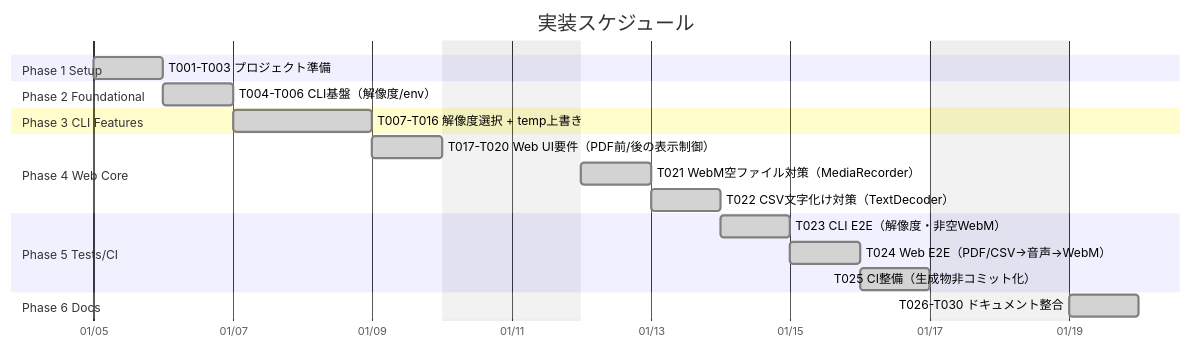
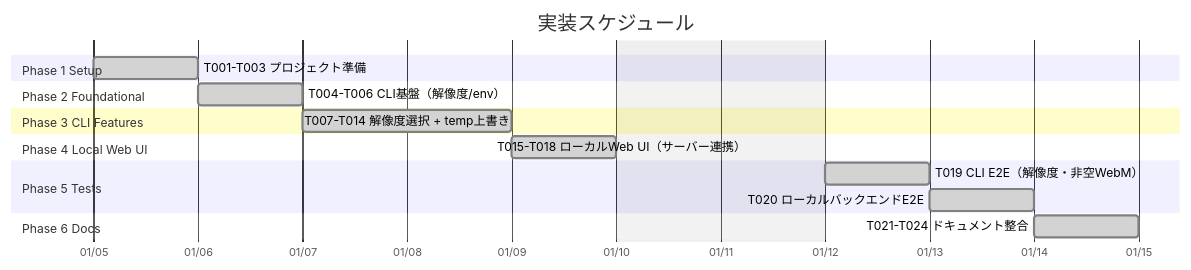
Before and after one commit to J1921604/Slide-MyVoice-Maker: the first of 2 diagrams in specs/001-Slide-Voice-Maker/tasks.md, drawn with Mermaid. The commit also changed other lines of this file and 13 other files, not shown here.

````diff
--- a/specs/001-Slide-Voice-Maker/tasks.md
+++ b/specs/001-Slide-Voice-Maker/tasks.md
@@ -19,29 +18,26 @@
 ```mermaid
 gantt
     title 実装スケジュール
     dateFormat YYYY-MM-DD
     axisFormat %m/%d
     excludes weekends, 2025-12-27, 2025-12-28, 2025-12-29, 2025-12-30, 2025-12-31, 2026-01-01, 2026-01-02, 2026-01-03, 2026-01-04
 
     section Phase 1 Setup
     T001-T003 プロジェクト準備                :done, p1, 2026-01-05, 1d
 
     section Phase 2 Foundational
     T004-T006 CLI基盤（解像度/env）            :done, p2, after p1, 1d
 
     section Phase 3 CLI Features
-    T007-T016 解像度選択 + temp上書き           :done, p3, after p2, 2d
+    T007-T014 解像度選択 + temp上書き           :done, p3, after p2, 2d
 
-    section Phase 4 Web Core
-    T017-T020 Web UI要件（PDF前/後の表示制御） :done, p4, after p3, 1d
-    T021 WebM空ファイル対策（MediaRecorder）    :done, p5, after p4, 1d
-    T022 CSV文字化け対策（TextDecoder）         :done, p6, after p5, 1d
+    section Phase 4 Local Web UI
+    T015-T018 ローカルWeb UI（サーバー連携） :done, p4, after p3, 1d
 
-    section Phase 5 Tests/CI
-    T023 CLI E2E（解像度・非空WebM）            :done, p7, after p6, 1d
-    T024 Web E2E（PDF/CSV→音声→WebM）           :done, p8, after p7, 1d
-    T025 CI整備（生成物非コミット化）            :done, p9, after p8, 1d
+    section Phase 5 Tests
+    T019 CLI E2E（解像度・非空WebM）            :done, p5, after p4, 1d
+    T020 ローカルバックエンドE2E              :done, p6, after p5, 1d
 
     section Phase 6 Docs
-    T026-T030 ドキュメント整合                  :done, p10, after p9, 1d
+    T021-T024 ドキュメント整合                  :done, p7, after p6, 1d
 ```
````
